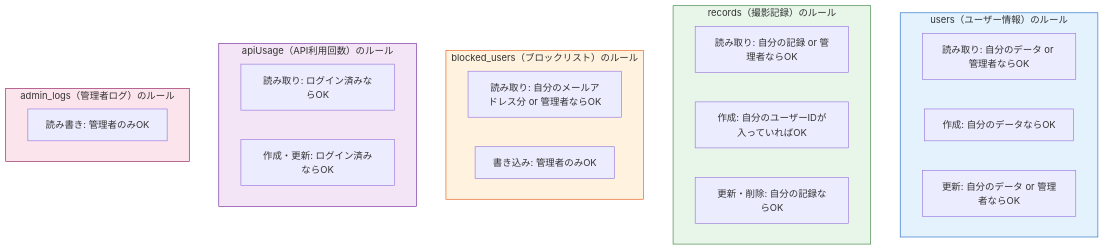
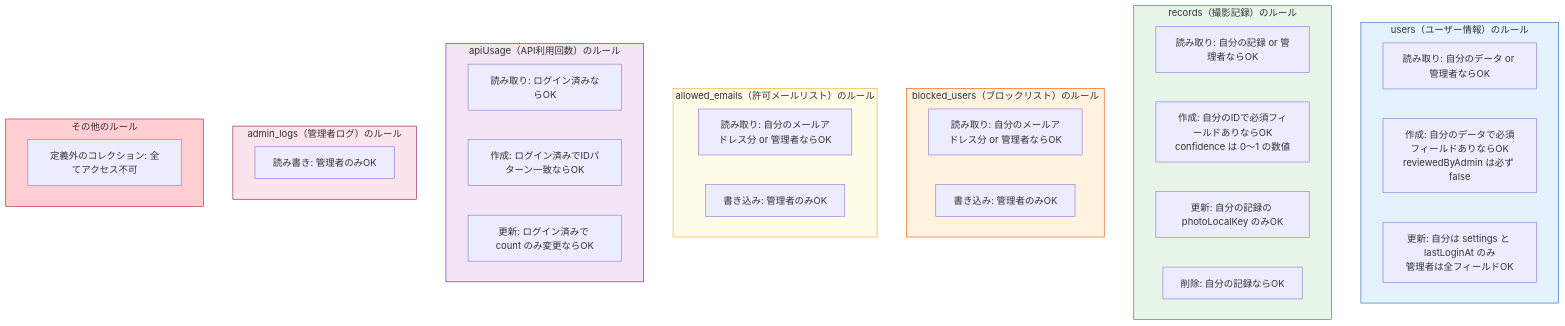
Before and after one commit to Kengo55555/Flower_shot: diagram 11 of 11 in docs/04-system-architecture.md, drawn with Mermaid. The commit also changed other lines of this file and 5 other files, not shown here.

````diff
--- a/docs/04-system-architecture.md
+++ b/docs/04-system-architecture.md
@@ -730,34 +770,47 @@
 ```mermaid
 flowchart TD
     subgraph UsersRule["users（ユーザー情報）のルール"]
         UR1["読み取り: 自分のデータ or 管理者ならOK"]
-        UR2["作成: 自分のデータならOK"]
-        UR3["更新: 自分のデータ or 管理者ならOK"]
+        UR2["作成: 自分のデータで必須フィールドありならOK\nreviewedByAdmin は必ず false"]
+        UR3["更新: 自分は settings と lastLoginAt のみ\n管理者は全フィールドOK"]
     end
 
     subgraph RecordsRule["records（撮影記録）のルール"]
         RR1["読み取り: 自分の記録 or 管理者ならOK"]
-        RR2["作成: 自分のユーザーIDが入っていればOK"]
-        RR3["更新・削除: 自分の記録ならOK"]
+        RR2["作成: 自分のIDで必須フィールドありならOK\nconfidence は 0〜1 の数値"]
+        RR3["更新: 自分の記録の photoLocalKey のみOK"]
+        RR4["削除: 自分の記録ならOK"]
     end
 
     subgraph BlockedRule["blocked_users（ブロックリスト）のルール"]
         BR1["読み取り: 自分のメールアドレス分 or 管理者ならOK"]
         BR2["書き込み: 管理者のみOK"]
     end
 
+    subgraph AllowedRule["allowed_emails（許可メールリスト）のルール"]
+        AER1["読み取り: 自分のメールアドレス分 or 管理者ならOK"]
+        AER2["書き込み: 管理者のみOK"]
+    end
+
     subgraph ApiRule["apiUsage（API利用回数）のルール"]
         AR1["読み取り: ログイン済みならOK"]
-        AR2["作成・更新: ログイン済みならOK"]
+        AR2["作成: ログイン済みでIDパターン一致ならOK"]
+        AR3["更新: ログイン済みで count のみ変更ならOK"]
     end
 
     subgraph LogsRule["admin_logs（管理者ログ）のルール"]
         LR1["読み書き: 管理者のみOK"]
     end
 
+    subgraph CatchAll["その他のルール"]
+        CA1["定義外のコレクション: 全てアクセス不可"]
+    end
+
     style UsersRule fill:#E3F2FD,stroke:#1565C0
     style RecordsRule fill:#E8F5E9,stroke:#2E7D32
     style BlockedRule fill:#FFF3E0,stroke:#E65100
+    style AllowedRule fill:#FFFDE7,stroke:#F9A825
     style ApiRule fill:#F3E5F5,stroke:#6A1B9A
     style LogsRule fill:#FCE4EC,stroke:#880E4F
+    style CatchAll fill:#FFCDD2,stroke:#B71C1C
 ```
````
